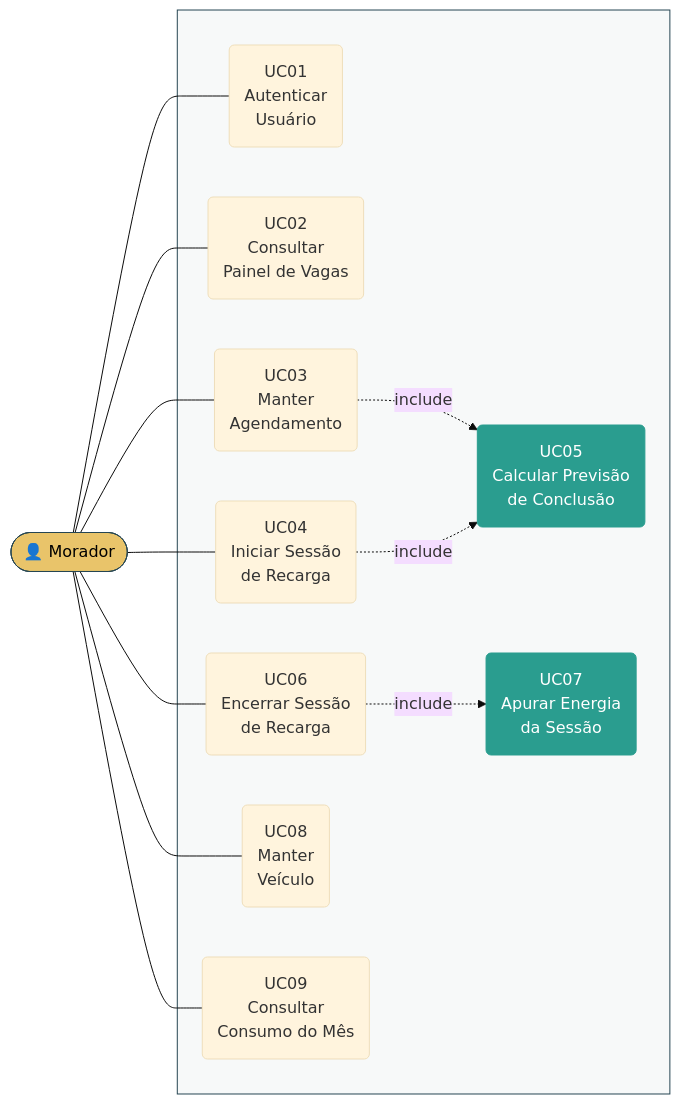
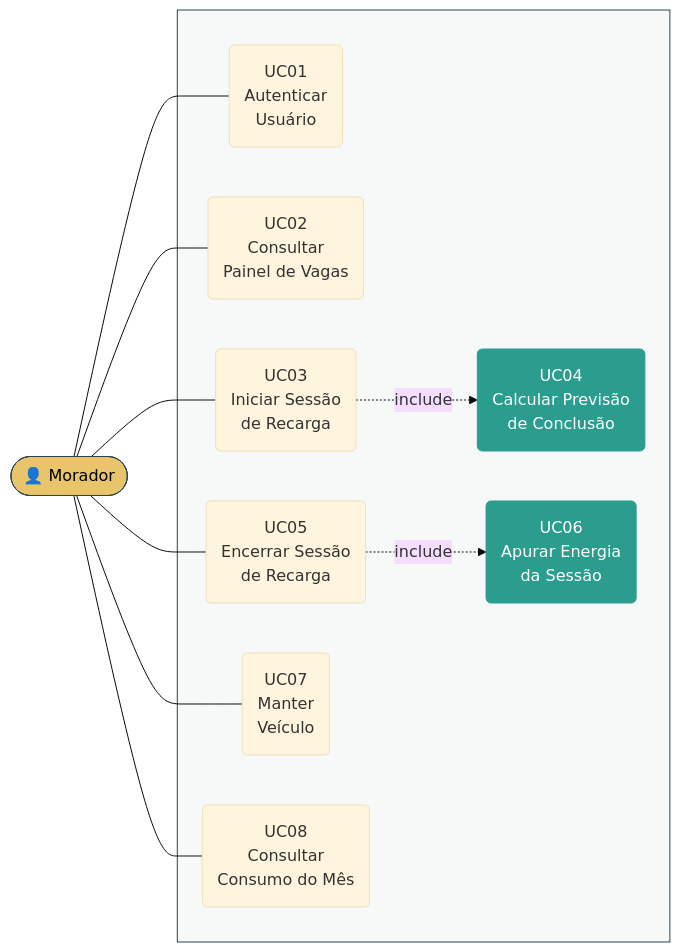
Before and after one commit to AndreMoreira00/CarregaJA: the second of 3 diagrams in 2.Analise e Design/CARREGAJA - Modelo de Caso de Uso.md, drawn with Mermaid (base theme). The commit also changed other lines of this file and 13 other files, not shown here.

````diff
--- a/2.Analise e Design/CARREGAJA - Modelo de Caso de Uso.md
+++ b/2.Analise e Design/CARREGAJA - Modelo de Caso de Uso.md
@@ -111,30 +131,27 @@
 ```mermaid
 flowchart LR
     MOR(["👤 Morador"])
     subgraph SIS[" "]
         UC01("UC01<br/>Autenticar<br/>Usuário")
         UC02("UC02<br/>Consultar<br/>Painel de Vagas")
-        UC03("UC03<br/>Manter<br/>Agendamento")
-        UC04("UC04<br/>Iniciar Sessão<br/>de Recarga")
-        UC05("UC05<br/>Calcular Previsão<br/>de Conclusão")
-        UC06("UC06<br/>Encerrar Sessão<br/>de Recarga")
-        UC07("UC07<br/>Apurar Energia<br/>da Sessão")
-        UC08("UC08<br/>Manter<br/>Veículo")
-        UC09("UC09<br/>Consultar<br/>Consumo do Mês")
+        UC03("UC03<br/>Iniciar Sessão<br/>de Recarga")
+        UC04("UC04<br/>Calcular Previsão<br/>de Conclusão")
+        UC05("UC05<br/>Encerrar Sessão<br/>de Recarga")
+        UC06("UC06<br/>Apurar Energia<br/>da Sessão")
+        UC07("UC07<br/>Manter<br/>Veículo")
+        UC08("UC08<br/>Consultar<br/>Consumo do Mês")
     end
     MOR --- UC01
     MOR --- UC02
     MOR --- UC03
-    MOR --- UC04
-    MOR --- UC06
+    MOR --- UC05
+    MOR --- UC07
     MOR --- UC08
-    MOR --- UC09
-    UC03 -.->|include| UC05
-    UC04 -.->|include| UC05
-    UC06 -.->|include| UC07
+    UC03 -.->|include| UC04
+    UC05 -.->|include| UC06
 
     style MOR fill:#e9c46a,stroke:#264653,color:#000
     style SIS fill:#f7f9f9,stroke:#264653
-    style UC05 fill:#2a9d8f,stroke:#2a9d8f,color:#fff
-    style UC07 fill:#2a9d8f,stroke:#2a9d8f,color:#fff
+    style UC04 fill:#2a9d8f,stroke:#2a9d8f,color:#fff
+    style UC06 fill:#2a9d8f,stroke:#2a9d8f,color:#fff
 ```
````
